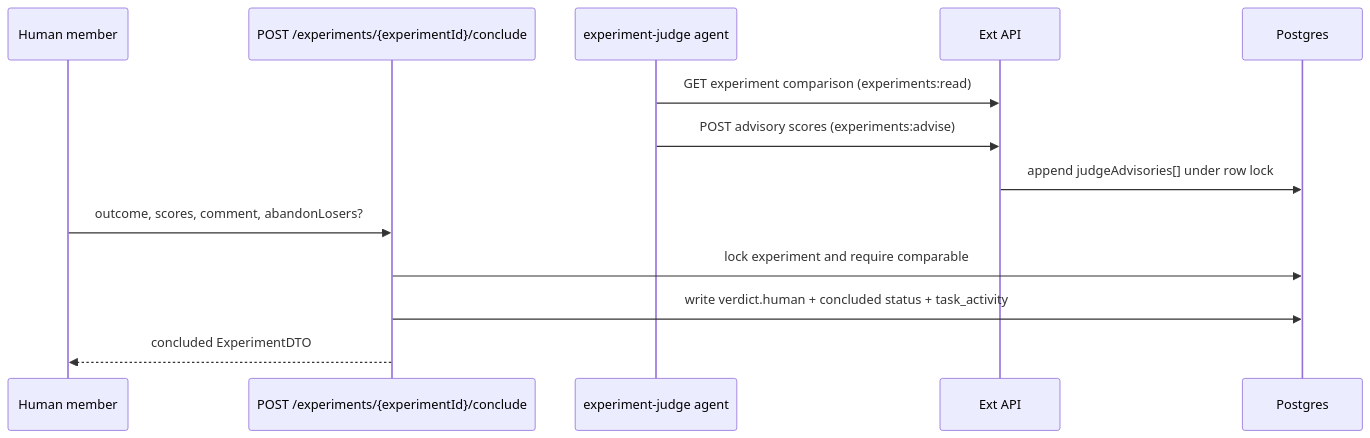
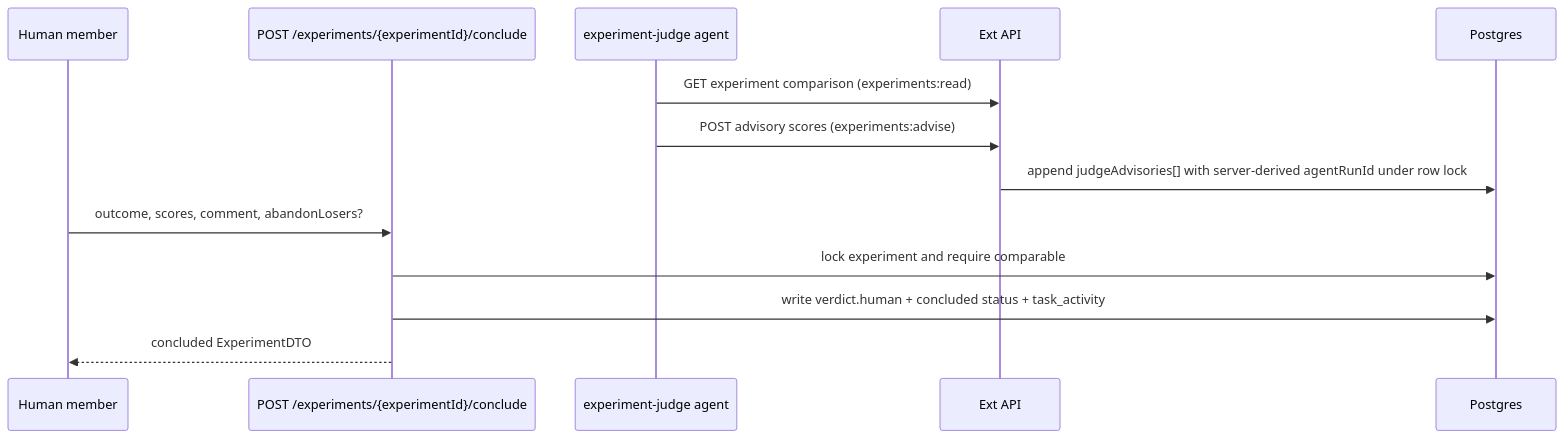
One commit to maister-dev/maister changed the fifth of 5 diagrams in docs/system-analytics/experiments.md. Above: the diagram before and after it, drawn with Mermaid. The commit also changed other lines of this file and 82 other files, not shown here.

````diff
--- a/docs/system-analytics/experiments.md
+++ b/docs/system-analytics/experiments.md
@@ -129,15 +134,15 @@
 ```mermaid
 sequenceDiagram
     participant U as Human member
     participant C as POST /experiments/{experimentId}/conclude
     participant A as experiment-judge agent
     participant X as Ext API
     participant DB as Postgres
     A->>X: GET experiment comparison (experiments:read)
     A->>X: POST advisory scores (experiments:advise)
-    X->>DB: append judgeAdvisories[] under row lock
+    X->>DB: append judgeAdvisories[] with server-derived agentRunId under row lock
     U->>C: outcome, scores, comment, abandonLosers?
     C->>DB: lock experiment and require comparable
     C->>DB: write verdict.human + concluded status + task_activity
     C-->>U: concluded ExperimentDTO
 ```
````
